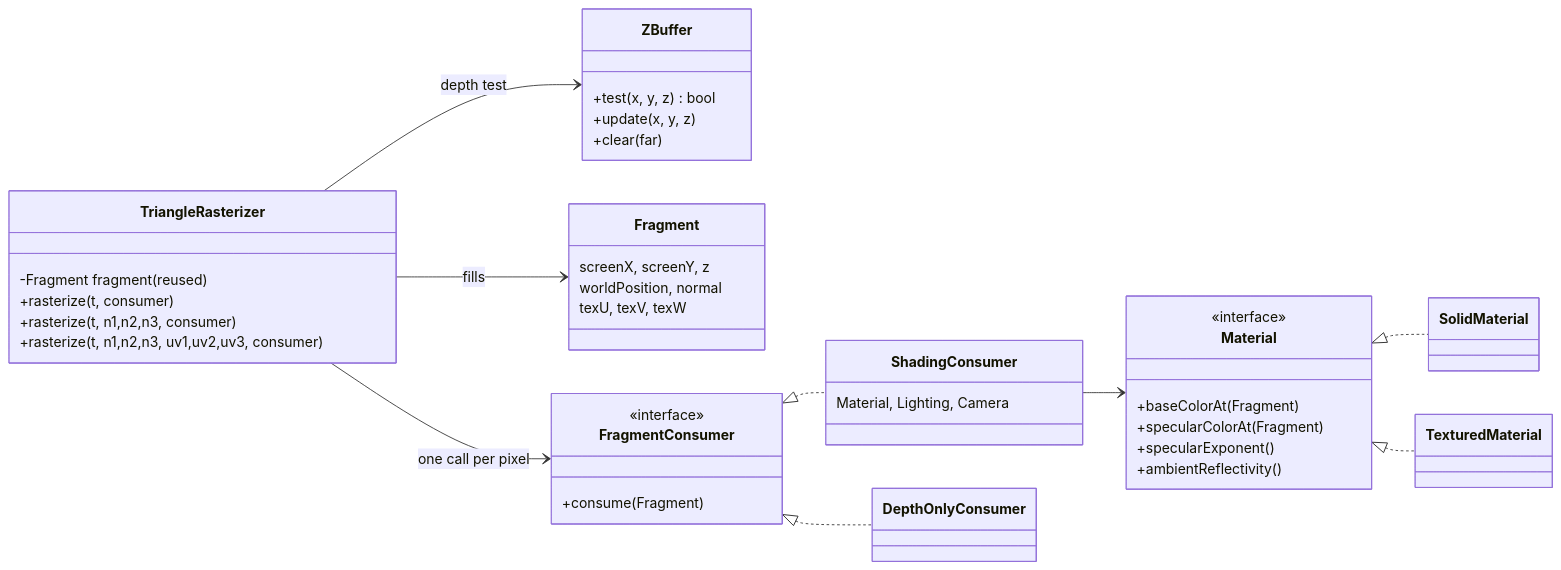
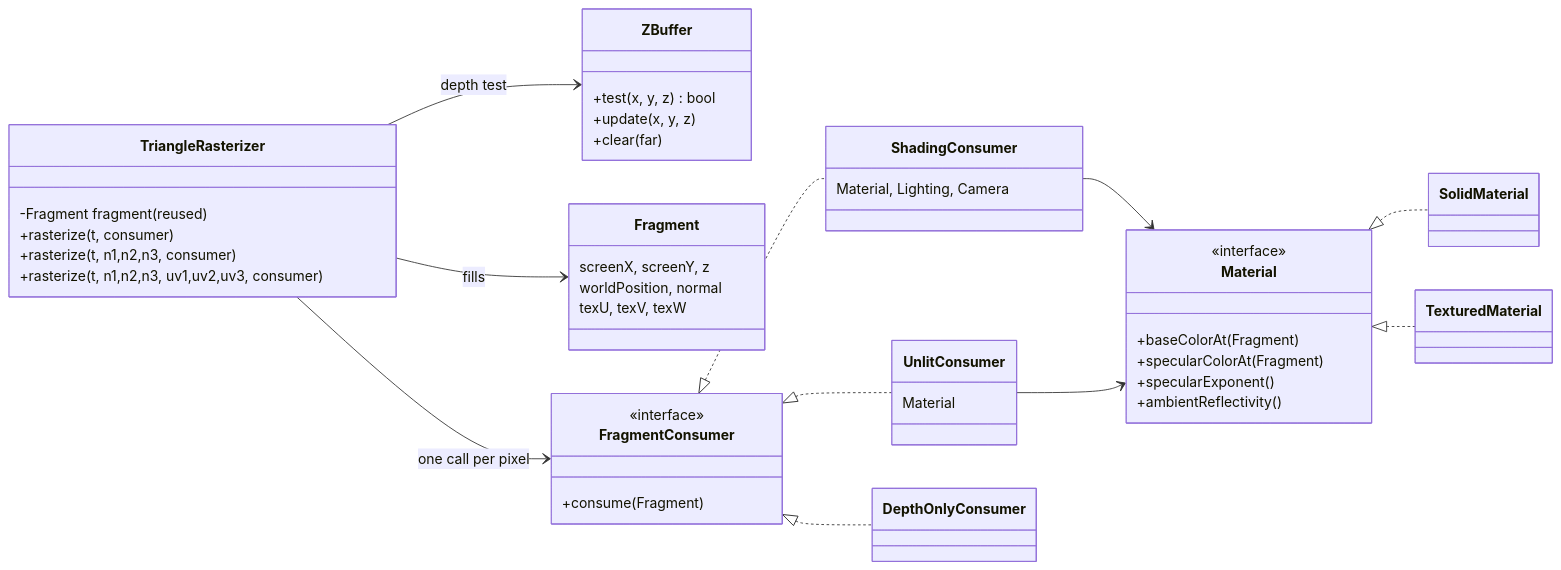
One commit to obarry/Aventura changed the tenth of 20 diagrams in docs/DESIGN.md. Above: the diagram before and after it, drawn with Mermaid. The commit also changed other lines of this file and 22 other files, not shown here.

````diff
--- a/docs/DESIGN.md
+++ b/docs/DESIGN.md
@@ -333,43 +336,48 @@
 ```mermaid
 classDiagram
     direction LR
     class TriangleRasterizer {
       -Fragment fragment  (reused)
       +rasterize(t, consumer)
       +rasterize(t, n1,n2,n3, consumer)
       +rasterize(t, n1,n2,n3, uv1,uv2,uv3, consumer)
     }
     class ZBuffer {
       +test(x, y, z) bool
       +update(x, y, z)
       +clear(far)
     }
     class Fragment {
       screenX, screenY, z
       worldPosition, normal
       texU, texV, texW
     }
     class FragmentConsumer {
       <<interface>>
       +consume(Fragment)
     }
     class ShadingConsumer {
       Material, Lighting, Camera
     }
+    class UnlitConsumer {
+      Material
+    }
     class DepthOnlyConsumer
     class Material {
       <<interface>>
       +baseColorAt(Fragment)
       +specularColorAt(Fragment)
       +specularExponent()
       +ambientReflectivity()
     }
     TriangleRasterizer --> ZBuffer : depth test
     TriangleRasterizer --> Fragment : fills
     TriangleRasterizer --> FragmentConsumer : one call per pixel
     FragmentConsumer <|.. ShadingConsumer
+    FragmentConsumer <|.. UnlitConsumer
     FragmentConsumer <|.. DepthOnlyConsumer
     ShadingConsumer --> Material
+    UnlitConsumer --> Material
     Material <|.. SolidMaterial
     Material <|.. TexturedMaterial
 ```
````
